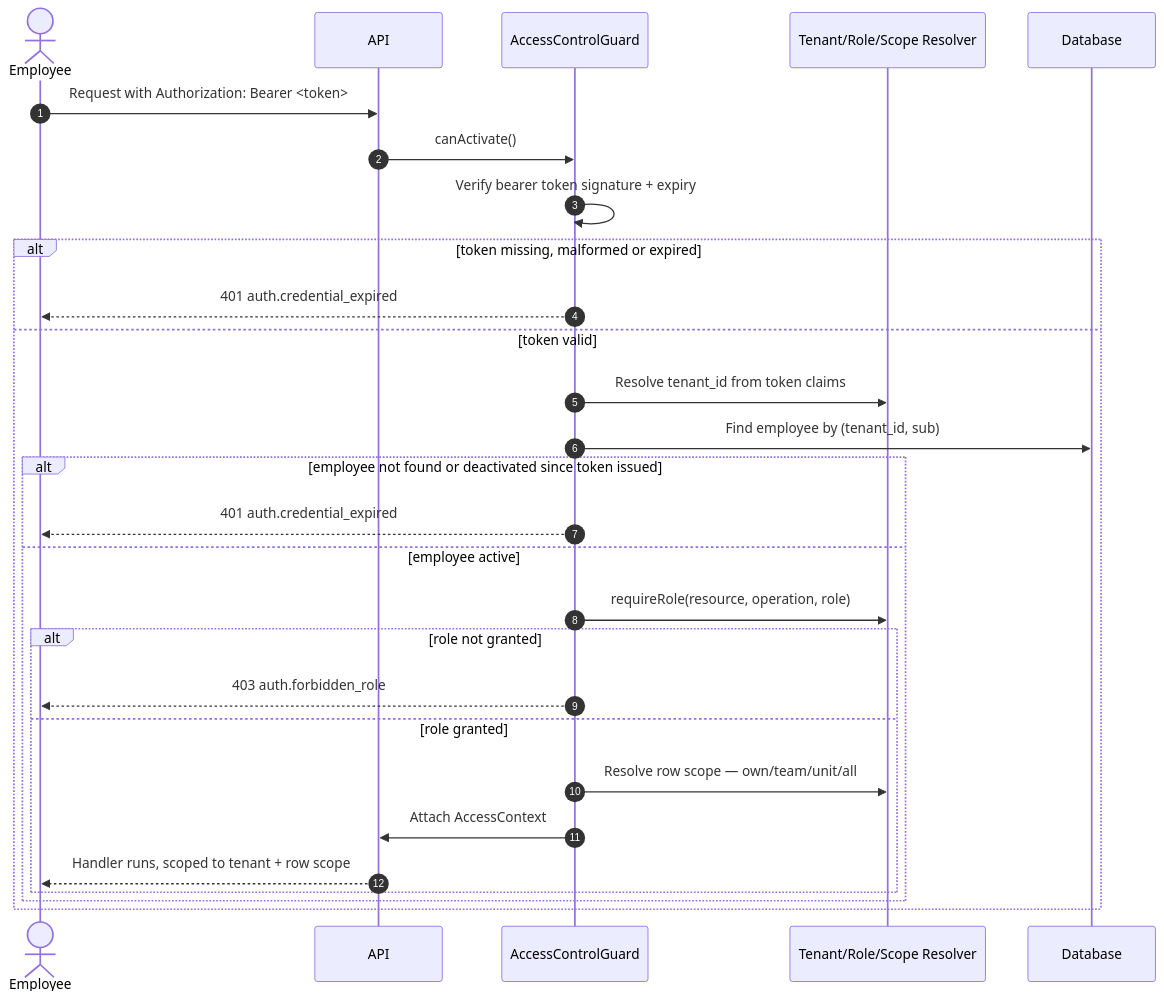
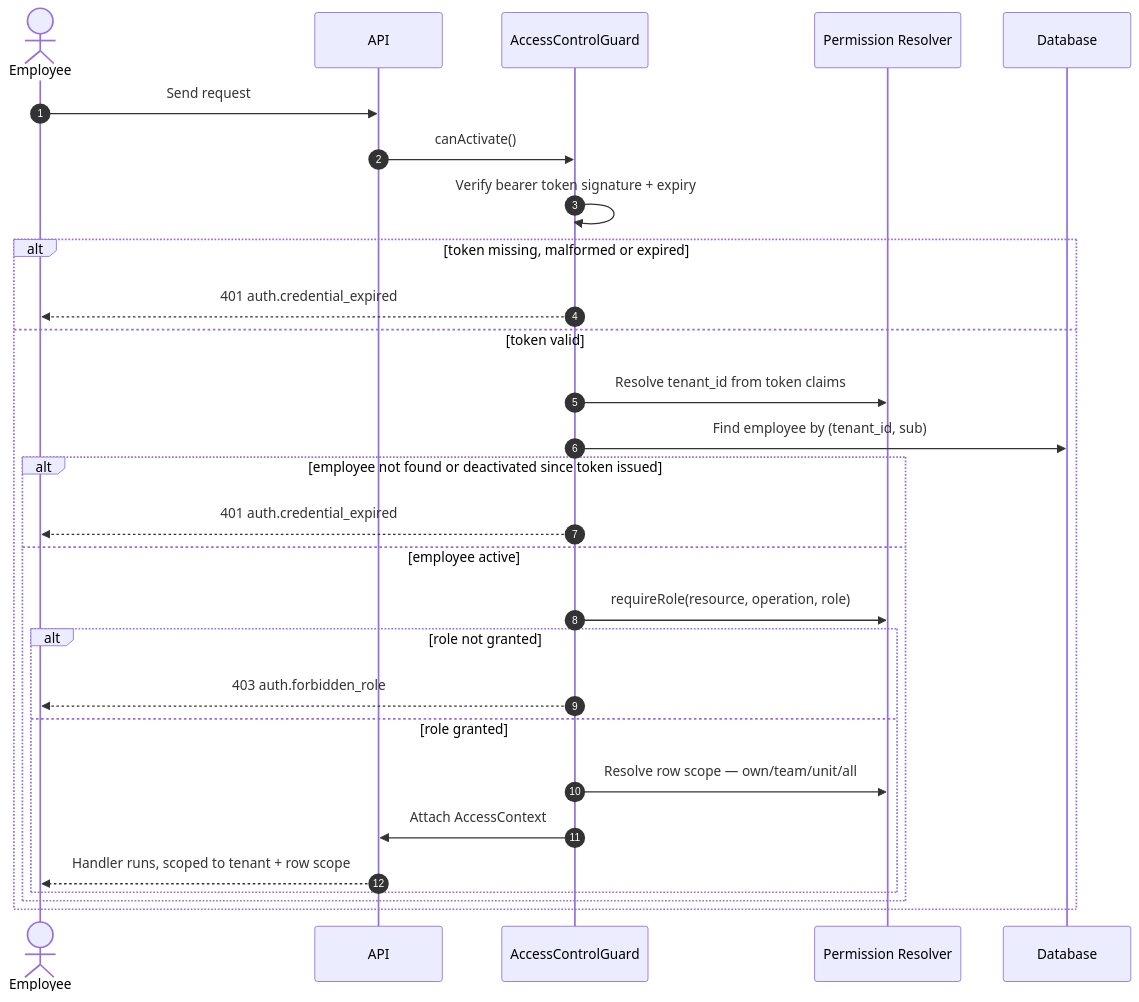
The seventh of 17 diagrams in README.md (dDxCg/contrack), drawn with Mermaid before and after one commit. The commit also changed other lines of this file and 2 other files, not shown here.

Commit message:
sync staled class diagram and sequence diagrams

````diff
--- a/README.md
+++ b/README.md
@@ -360,31 +375,31 @@
 ```mermaid
 sequenceDiagram
     autonumber
     actor Employee
     participant API
     participant Guard as AccessControlGuard
-    participant Resolvers as Tenant/Role/Scope Resolver
+    participant Resolvers as Permission Resolver
     participant DB as Database
 
-    Employee->>API: Request with Authorization: Bearer <token>
+    Employee->>API: Send request
     API->>Guard: canActivate()
     Guard->>Guard: Verify bearer token signature + expiry
     alt token missing, malformed or expired
         Guard-->>Employee: 401 auth.credential_expired
     else token valid
         Guard->>Resolvers: Resolve tenant_id from token claims
         Guard->>DB: Find employee by (tenant_id, sub)
         alt employee not found or deactivated since token issued
             Guard-->>Employee: 401 auth.credential_expired
         else employee active
             Guard->>Resolvers: requireRole(resource, operation, role)
             alt role not granted
                 Guard-->>Employee: 403 auth.forbidden_role
             else role granted
                 Guard->>Resolvers: Resolve row scope — own/team/unit/all
                 Guard->>API: Attach AccessContext
                 API-->>Employee: Handler runs, scoped to tenant + row scope
             end
         end
     end
 ```
````
